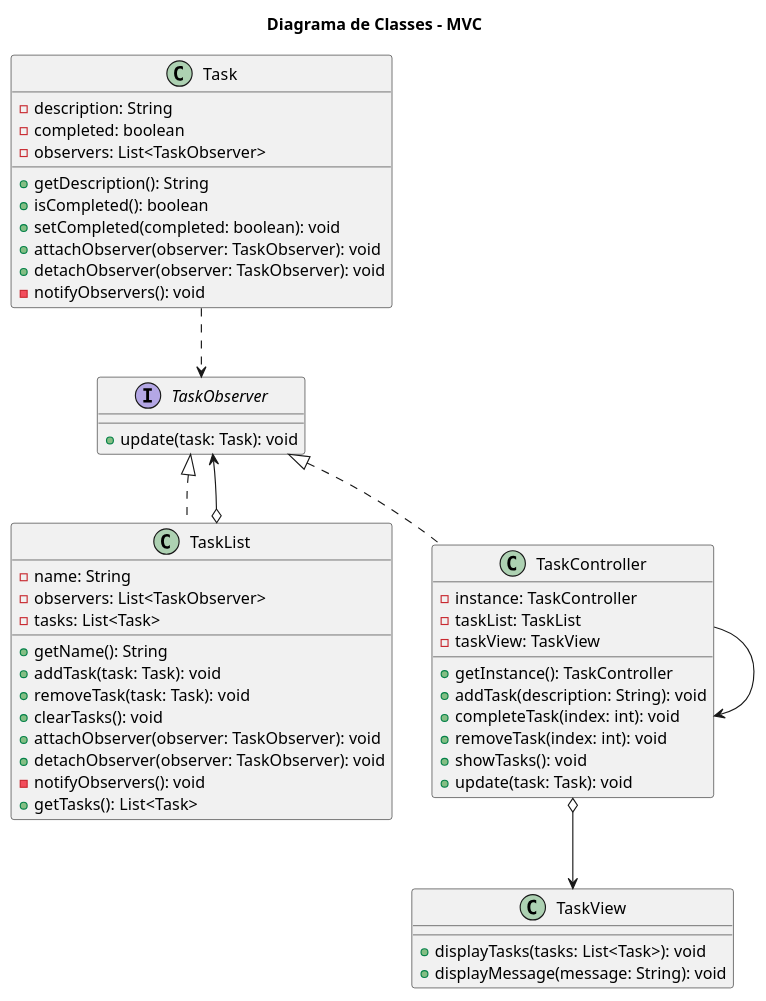
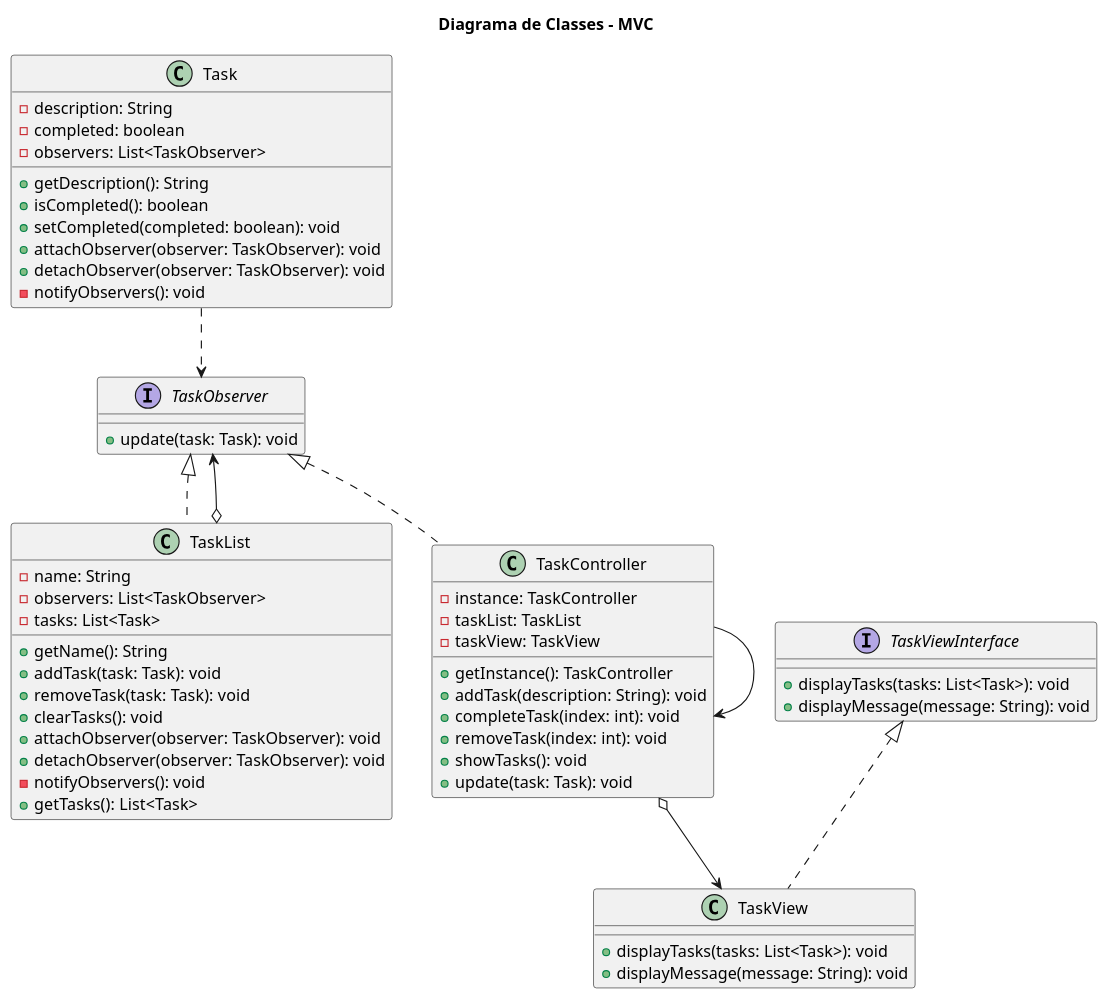
One commit to brunadias3/bertoti changed the diagram in Engenharia de Software III/MVC/diagrama.plantuml. Above: the diagram before and after it, drawn with PlantUML. The commit also changed 2 other files, not shown here.

```diff
--- a/Engenharia de Software III/MVC/diagrama.plantuml
+++ b/Engenharia de Software III/MVC/diagrama.plantuml
@@ -1,61 +1,66 @@
 @startuml MVC - Task Manager
 
 title Diagrama de Classes - MVC
 
 class Task {
   - description: String
   - completed: boolean
   - observers: List<TaskObserver>
 
   + getDescription(): String
   + isCompleted(): boolean
   + setCompleted(completed: boolean): void
   + attachObserver(observer: TaskObserver): void
   + detachObserver(observer: TaskObserver): void
   - notifyObservers(): void
 }
 
 interface TaskObserver {
   + update(task: Task): void
 }
 
 class TaskList implements TaskObserver {
   - name: String
   - observers: List<TaskObserver>
   - tasks: List<Task>
 
   + getName(): String
   + addTask(task: Task): void
   + removeTask(task: Task): void
   + clearTasks(): void
   + attachObserver(observer: TaskObserver): void
   + detachObserver(observer: TaskObserver): void
   - notifyObservers(): void
   + getTasks(): List<Task>
 }
 
 class TaskController implements TaskObserver {
   - instance: TaskController
   - taskList: TaskList
   - taskView: TaskView
 
   + getInstance(): TaskController
   + addTask(description: String): void
   + completeTask(index: int): void
   + removeTask(index: int): void
   + showTasks(): void
   + update(task: Task): void
 }
 
-class TaskView {
+class TaskView implements TaskViewInterface {
+  + displayTasks(tasks: List<Task>): void
+  + displayMessage(message: String): void
+}
+
+interface TaskViewInterface {
   + displayTasks(tasks: List<Task>): void
   + displayMessage(message: String): void
 }
 
 Task ..> TaskObserver
 TaskList o--> TaskObserver
 TaskController --down-> TaskController
 TaskController o--> TaskView
  
 
 @enduml
```
